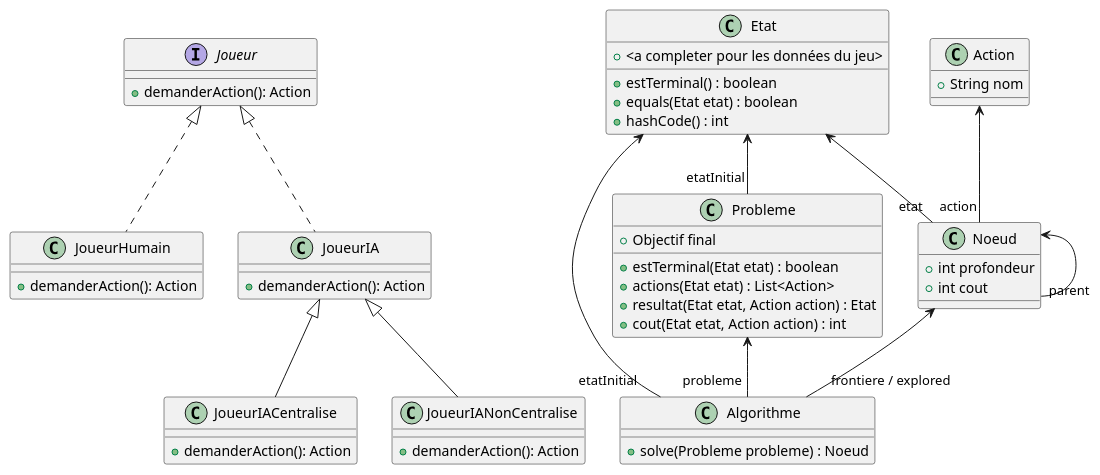
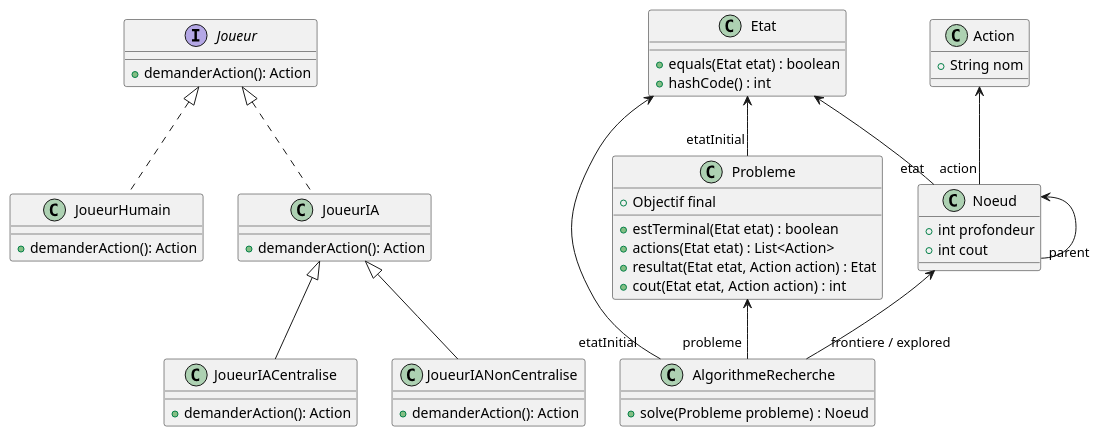
One commit to ThomasRbn/PTUT_BERNARD_ROBINEAU_ROUYER_RUSSO changed the diagram in assets/DiagClassIA.puml. Above: the diagram before and after it, drawn with PlantUML. The commit also changed 1 other file, not shown here.

Commit message:
Mise à jour des diagrammes

```diff
--- a/assets/DiagClassIA.puml
+++ b/assets/DiagClassIA.puml
@@ -1,56 +1,54 @@
 @startuml
 
 interface Joueur {
     + demanderAction(): Action
 }
 
 class JoueurHumain implements Joueur {
     + demanderAction(): Action
 }
 
 class JoueurIA implements Joueur {
     + demanderAction(): Action
 }
 
 class JoueurIACentralise extends JoueurIA {
     + demanderAction(): Action
 }
 class JoueurIANonCentralise extends JoueurIA {
     + demanderAction(): Action
 }
-class Algorithme{
+class AlgorithmeRecherche{
     + solve(Probleme probleme) : Noeud
 }
-Probleme <-- "probleme" Algorithme
-Etat <-- "etatInitial" Algorithme
-Noeud <-- "frontiere / explored" Algorithme
+Probleme <-- "probleme" AlgorithmeRecherche
+Etat <-- "etatInitial" AlgorithmeRecherche
+Noeud <-- "frontiere / explored" AlgorithmeRecherche
 
 class Action{
     + String nom
 }
 
 class Probleme{
     + Objectif final
     + estTerminal(Etat etat) : boolean
     + actions(Etat etat) : List<Action>
     + resultat(Etat etat, Action action) : Etat
     + cout(Etat etat, Action action) : int
 }
 Etat <-- "etatInitial" Probleme
 
 
 class Etat{
-    + <a completer pour les données du jeu>
-    + estTerminal() : boolean
     + equals(Etat etat) : boolean
     + hashCode() : int
 }
 
 class Noeud{
     + int profondeur
     + int cout
 }
 Etat <-- "etat" Noeud
 Action <-- "action" Noeud
 Noeud <-- "parent" Noeud
 @enduml
```
